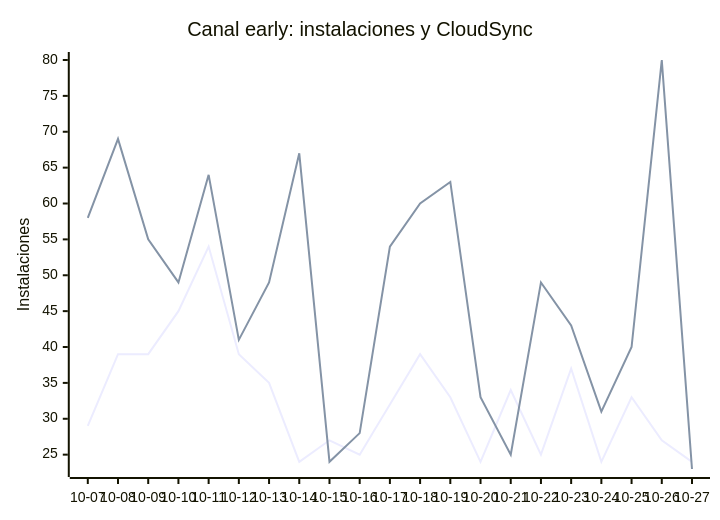
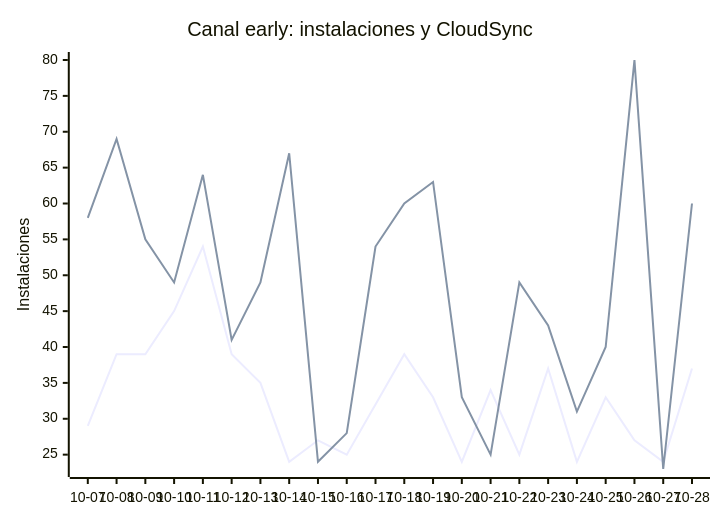
One commit to EmuDeck/stats changed the ninth of 9 diagrams in README.md. Above: the diagram before and after it, drawn with Mermaid. The commit also changed other lines of this file and 2 other files, not shown here.

````diff
--- a/README.md
+++ b/README.md
@@ -110,8 +110,8 @@
 ```mermaid
 xychart-beta
     title "Canal early: instalaciones y CloudSync"
-    x-axis ["10-07", "10-08", "10-09", "10-10", "10-11", "10-12", "10-13", "10-14", "10-15", "10-16", "10-17", "10-18", "10-19", "10-20", "10-21", "10-22", "10-23", "10-24", "10-25", "10-26", "10-27"]
+    x-axis ["10-07", "10-08", "10-09", "10-10", "10-11", "10-12", "10-13", "10-14", "10-15", "10-16", "10-17", "10-18", "10-19", "10-20", "10-21", "10-22", "10-23", "10-24", "10-25", "10-26", "10-27", "10-28"]
     y-axis "Instalaciones"
-    line [29, 39, 39, 45, 54, 39, 35, 24, 27, 25, 32, 39, 33, 24, 34, 25, 37, 24, 33, 27, 24]
-    line [58, 69, 55, 49, 64, 41, 49, 67, 24, 28, 54, 60, 63, 33, 25, 49, 43, 31, 40, 80, 23]
+    line [29, 39, 39, 45, 54, 39, 35, 24, 27, 25, 32, 39, 33, 24, 34, 25, 37, 24, 33, 27, 24, 37]
+    line [58, 69, 55, 49, 64, 41, 49, 67, 24, 28, 54, 60, 63, 33, 25, 49, 43, 31, 40, 80, 23, 60]
 ```
````
